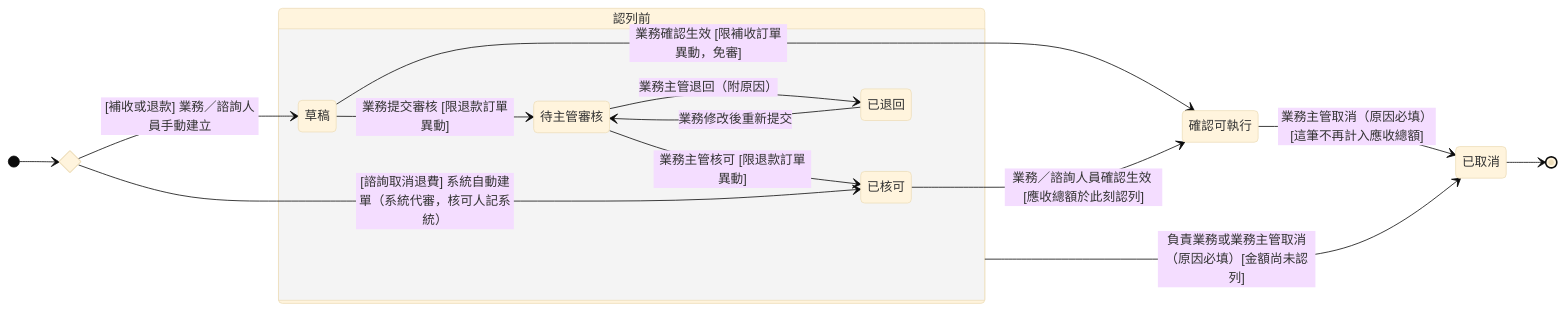
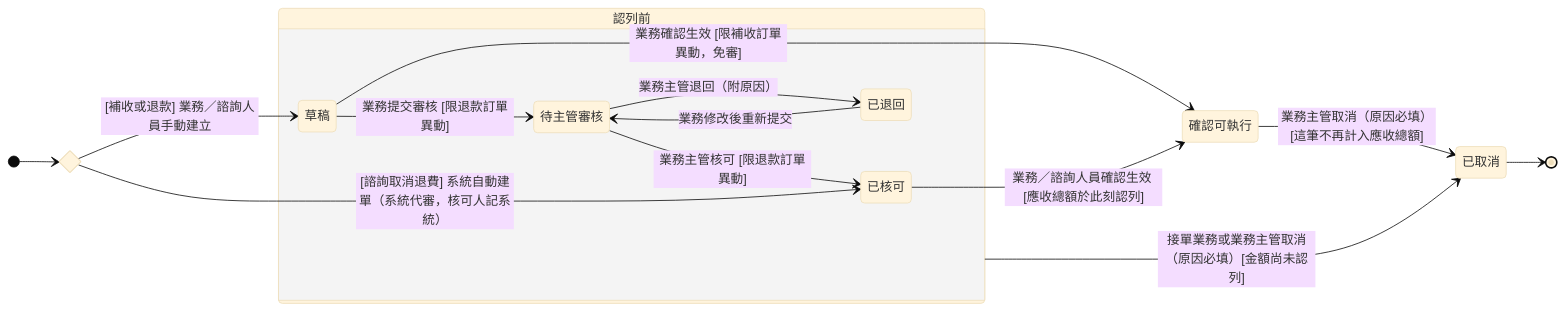
The diagram in memory/Sens_wiki/wiki/erp/06-state-machines/訂單異動狀態.md (Kawato-Miles/erp-spec), drawn with Mermaid (base theme) before and after one commit. The commit also changed other lines of this file and 55 other files, not shown here.

````diff
--- a/memory/Sens_wiki/wiki/erp/06-state-machines/訂單異動狀態.md
+++ b/memory/Sens_wiki/wiki/erp/06-state-machines/訂單異動狀態.md
@@ -38,33 +38,33 @@
 ```mermaid
 stateDiagram-v2
     direction LR
 
     state c_create <<choice>>
     [*] --> c_create
 
     state "認列前" as g_pre {
         state "草稿" as s_draft
         state "待主管審核" as s_pending
         state "已核可" as s_approved
         state "已退回" as s_returned
 
         s_draft --> s_pending : 業務提交審核 [限退款訂單異動]
         s_pending --> s_approved : 業務主管核可 [限退款訂單異動]
         s_pending --> s_returned : 業務主管退回（附原因）
         s_returned --> s_pending : 業務修改後重新提交
     }
 
     state "確認可執行" as s_executed
     state "已取消" as s_cancelled
 
     c_create --> s_draft : [補收或退款] 業務／諮詢人員手動建立
     c_create --> s_approved : [諮詢取消退費] 系統自動建單（系統代審，核可人記系統）
 
     s_draft --> s_executed : 業務確認生效 [限補收訂單異動，免審]
     s_approved --> s_executed : 業務／諮詢人員確認生效 [應收總額於此刻認列]
 
-    g_pre --> s_cancelled : 負責業務或業務主管取消（原因必填）[金額尚未認列]
+    g_pre --> s_cancelled : 接單業務或業務主管取消（原因必填）[金額尚未認列]
     s_executed --> s_cancelled : 業務主管取消（原因必填）[這筆不再計入應收總額]
 
     s_cancelled --> [*]
 ```
````
